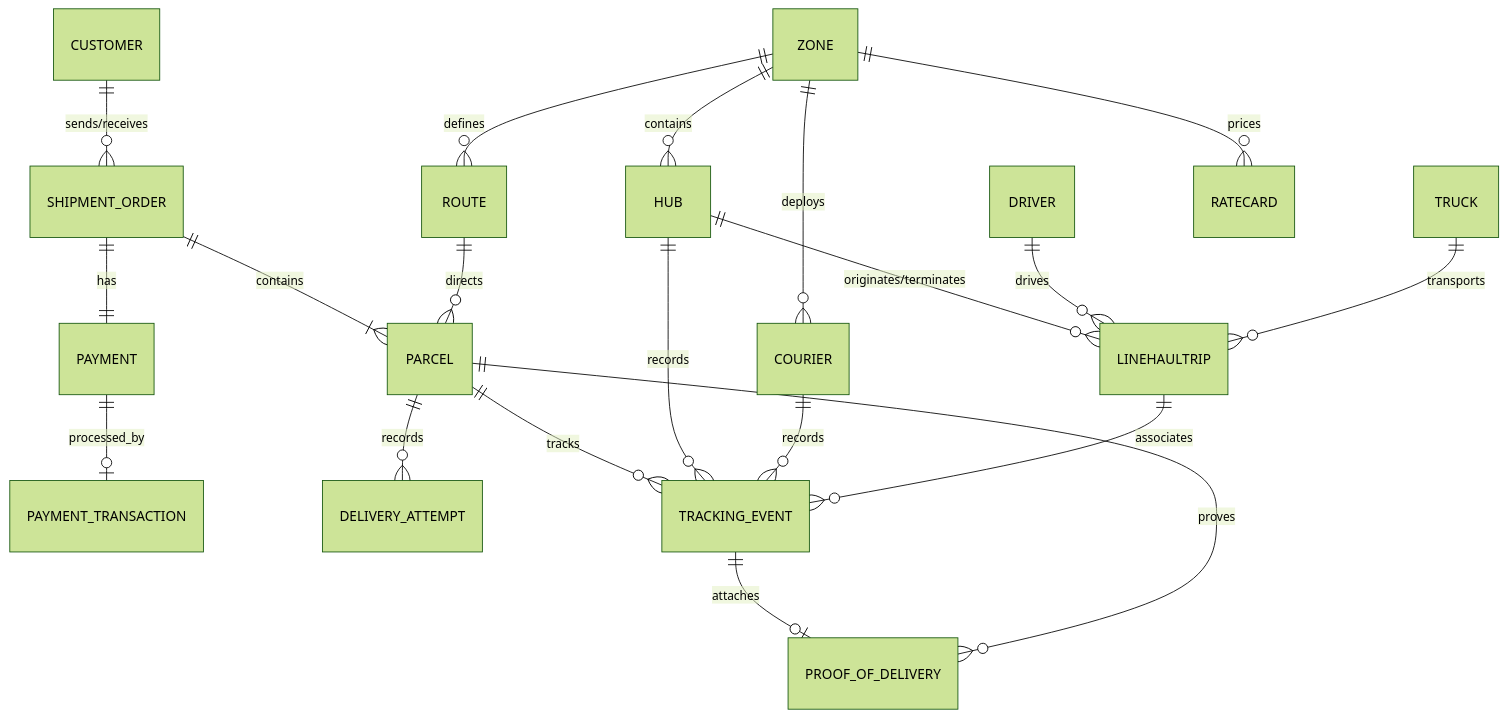
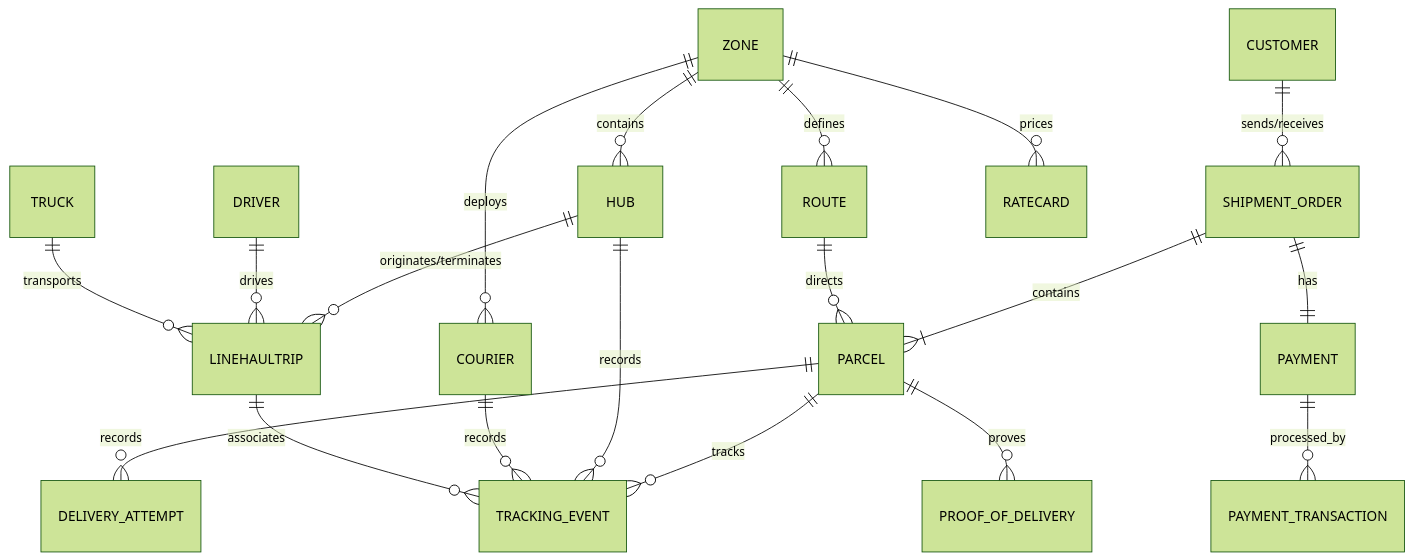
Before and after one commit to dunguyen-311201/nestjs: the diagram in shipping-system/docs/01-ERD.md, drawn with Mermaid (forest theme). The commit also changed other lines of this file and 10 other files, not shown here.

````diff
--- a/shipping-system/docs/01-ERD.md
+++ b/shipping-system/docs/01-ERD.md
@@ -9,22 +9,21 @@
 ```mermaid
 erDiagram
     CUSTOMER ||--o{ SHIPMENT_ORDER : "sends/receives"
     SHIPMENT_ORDER ||--|{ PARCEL : "contains"
     SHIPMENT_ORDER ||--|| PAYMENT : "has"
-    PAYMENT ||--o| PAYMENT_TRANSACTION : "processed_by"
+    PAYMENT ||--o{ PAYMENT_TRANSACTION : "processed_by"
     PARCEL ||--o{ DELIVERY_ATTEMPT : "records"
     PARCEL ||--o{ TRACKING_EVENT : "tracks"
     ROUTE ||--o{ PARCEL : "directs"
     HUB ||--o{ LINEHAULTRIP : "originates/terminates"
     DRIVER ||--o{ LINEHAULTRIP : "drives"
     TRUCK ||--o{ LINEHAULTRIP : "transports"
     ZONE ||--o{ HUB : "contains"
     ZONE ||--o{ ROUTE : "defines"
     ZONE ||--o{ RATECARD : "prices"
     ZONE ||--o{ COURIER : "deploys"
-    TRACKING_EVENT ||--o| PROOF_OF_DELIVERY : "attaches"
     PARCEL ||--o{ PROOF_OF_DELIVERY : "proves"
     HUB ||--o{ TRACKING_EVENT : "records"
     COURIER ||--o{ TRACKING_EVENT : "records"
     LINEHAULTRIP ||--o{ TRACKING_EVENT : "associates"
 ```
````
